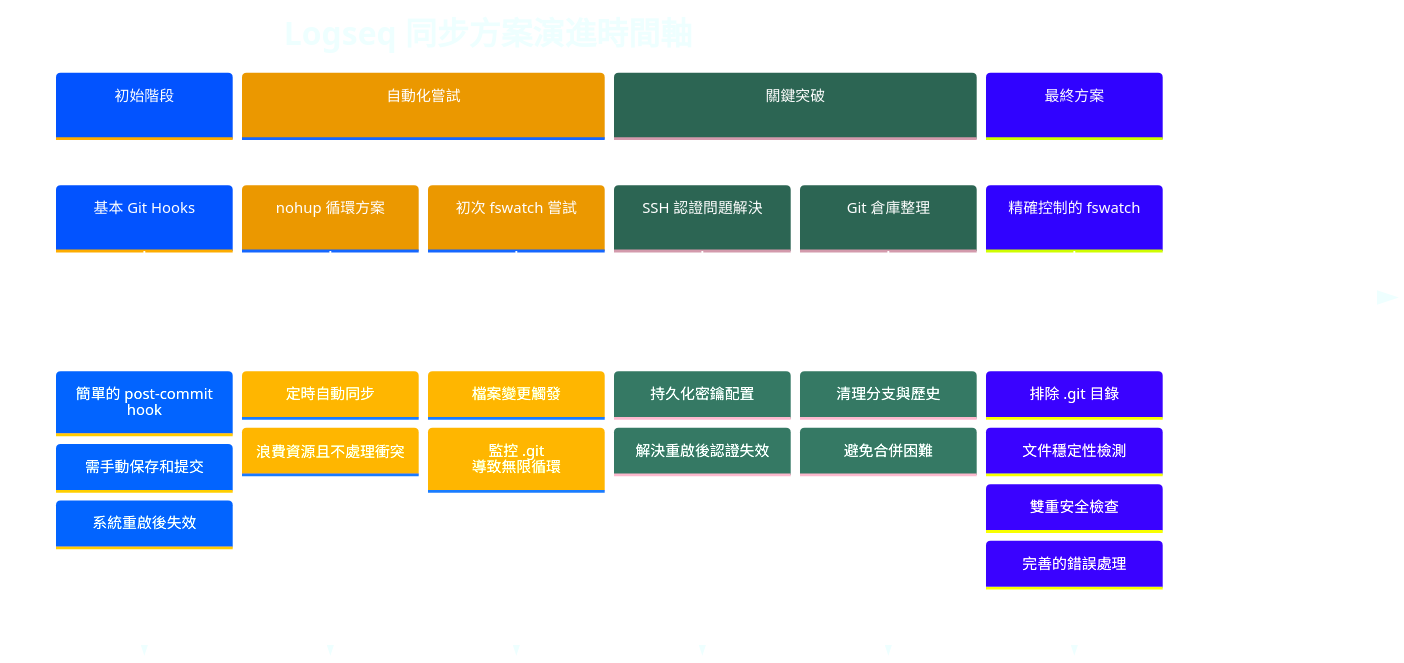
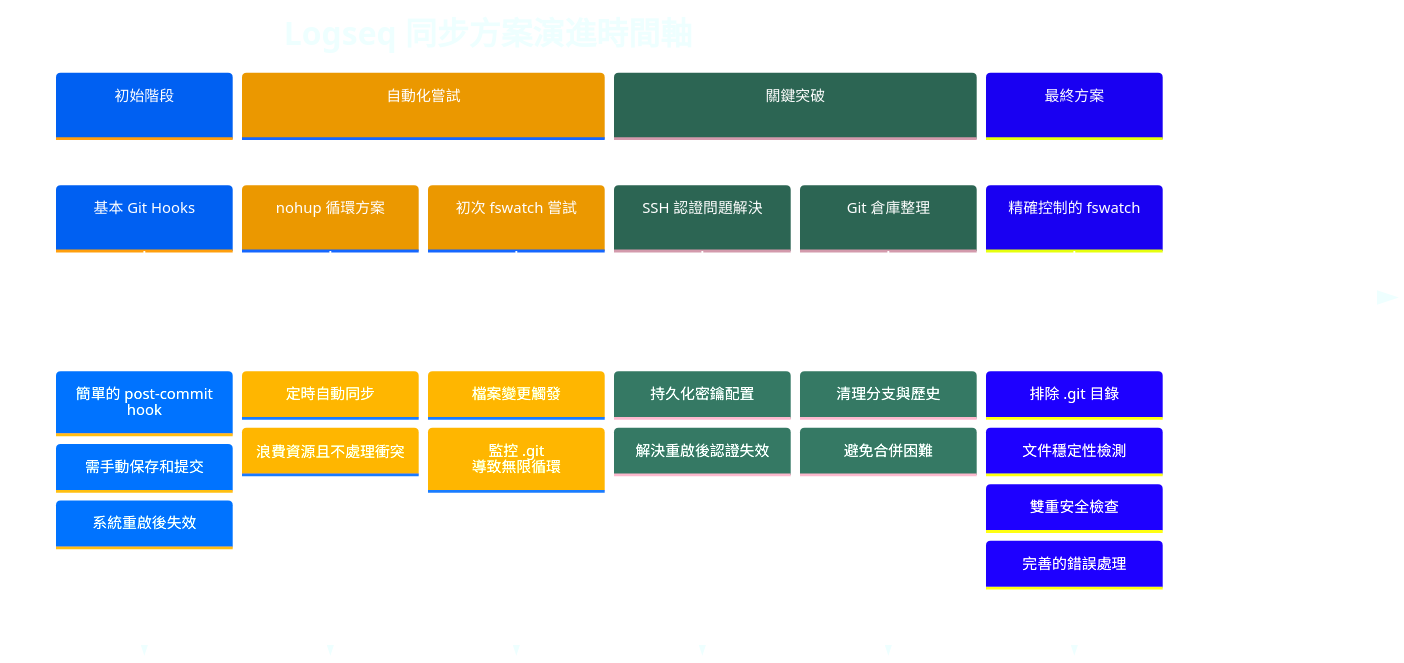
Before and after one commit to GengGeng026/Sync-Logseq: the first of 2 diagrams in Logseq同步方案演進記錄.md, drawn with Mermaid.

Commit message:
Auto-sync: Wed Mar 26 08:40:19 +08 2025

````diff
--- a/Logseq同步方案演進記錄.md
+++ b/Logseq同步方案演進記錄.md
@@ -27,45 +27,45 @@
 ```mermaid
 %%{init: {
   'theme': 'base', 
   'themeVariables': {
-    'primaryColor': '#82AAFF',
+    'primaryColor': '#72AAFF',
     'secondaryColor': '#FFCB6B',
     'tertiaryColor': '#59B79A',
     'quaternaryColor': '#F07178',
     'primaryTextColor': '#FFFFFF',
     'primaryBorderColor': '#59B79A',
     'lineColor': '#C792EA',
     'background': 'transparent',
     'textColor': '#EEFFFF',
     'nodeBorder': '#59B79A',
     'clusterBkg': 'transparent',
     'titleColor': '#EEFFFF',
     'sectionBkgColor': '#273747',
     'sectionBkgColor2': '#334455',
     'sectionBkgColor3': '#3A4A5A',
     'sectionBkgColor4': '#42546A',
     'sectionBkgColor5': '#4B5E78'
   }
 }}%%
 timeline
     title Logseq 同步方案演進時間軸
     section 初始階段
         基本 Git Hooks : 簡單的 post-commit hook
         : 需手動保存和提交
         : 系統重啟後失效
     section 自動化嘗試
         nohup 循環方案 : 定時自動同步
         : 浪費資源且不處理衝突
         初次 fswatch 嘗試 : 檔案變更觸發
         : 監控 .git 導致無限循環
     section 關鍵突破
         SSH 認證問題解決 : 持久化密鑰配置
         : 解決重啟後認證失效
         Git 倉庫整理 : 清理分支與歷史
         : 避免合併困難
     section 最終方案
         精確控制的 fswatch : 排除 .git 目錄
         : 文件穩定性檢測
         : 雙重安全檢查
         : 完善的錯誤處理
 ```
````
